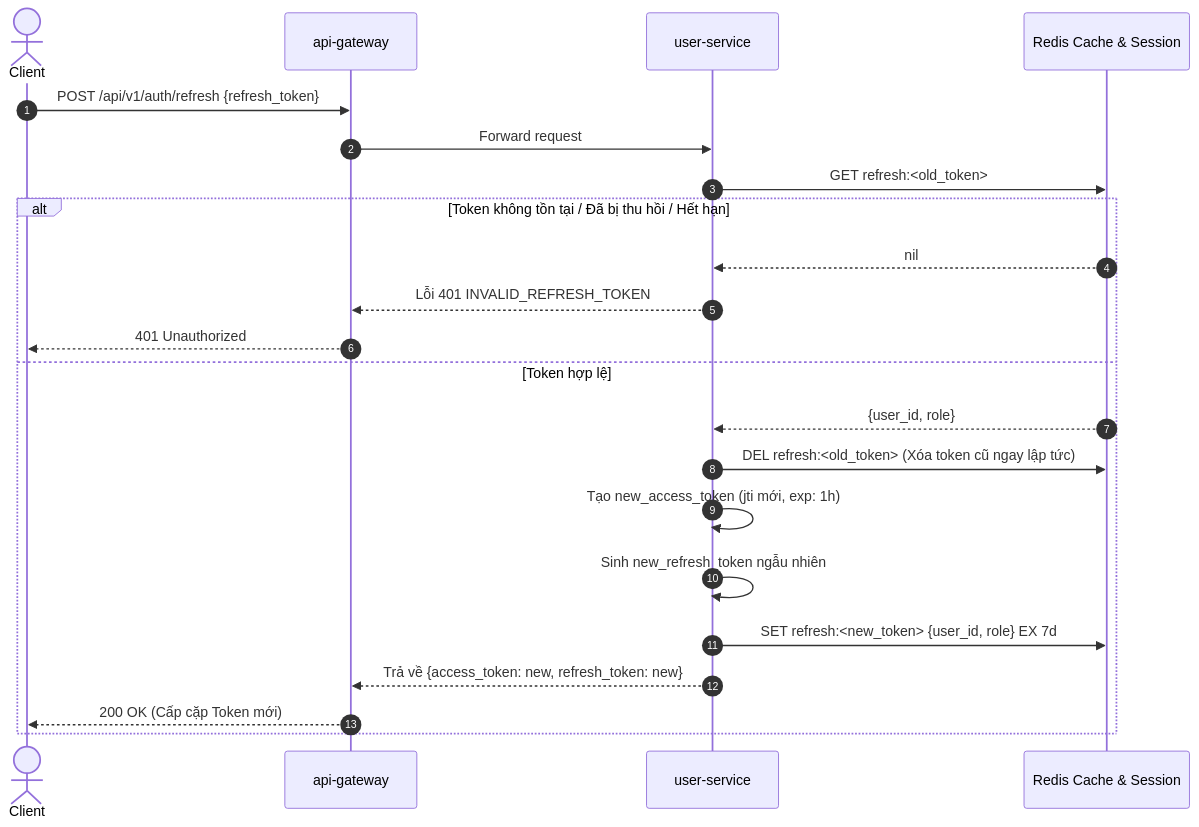
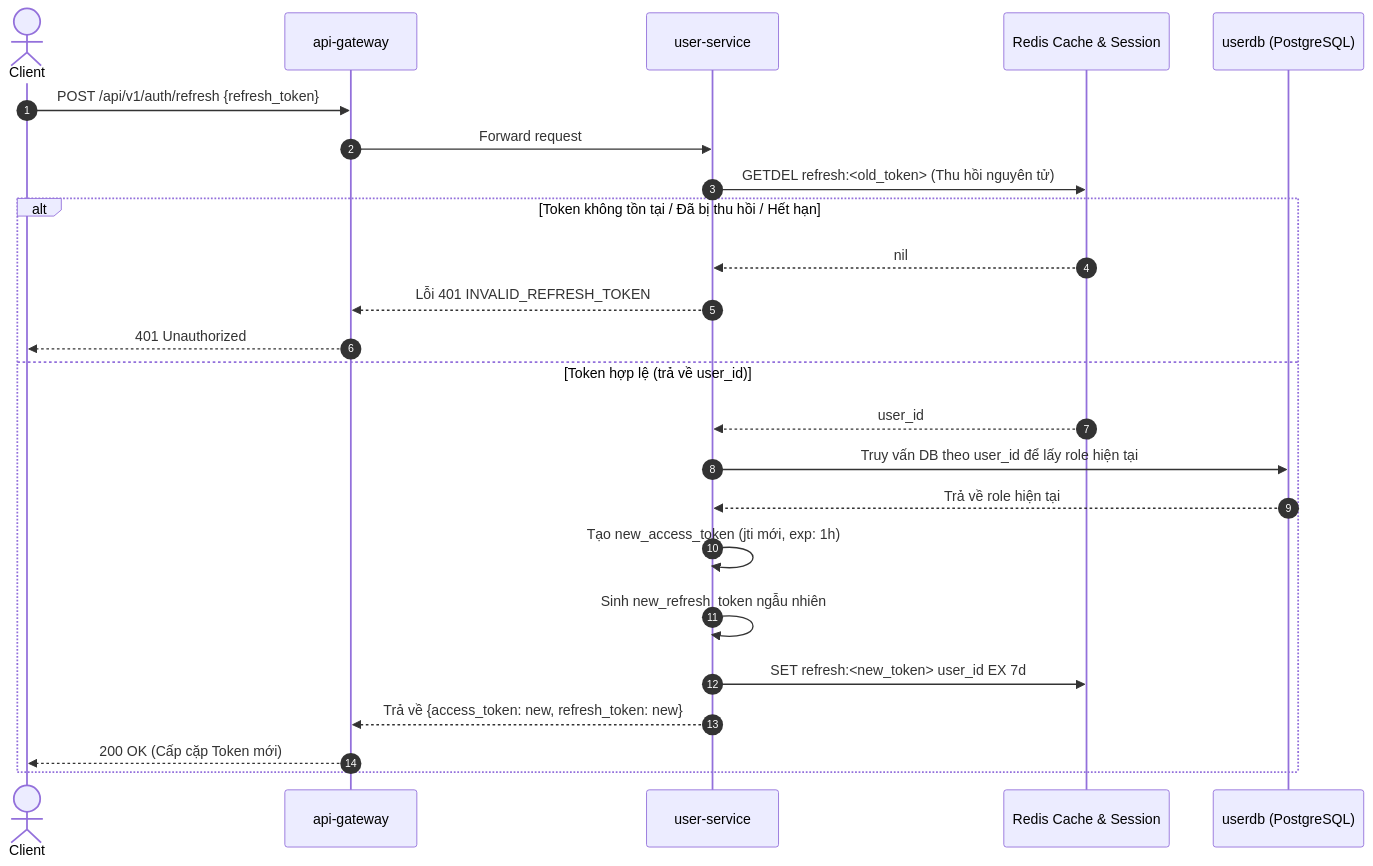
One commit to HaiTrieu186/JB-IOC-PTHB251125_BE105_Devops_Ride_Hailling changed the second of 3 diagrams in docs/02-use-cases/uc-01-tai-khoan.md. Above: the diagram before and after it, drawn with Mermaid. The commit also changed other lines of this file and 16 other files, not shown here.

````diff
--- a/docs/02-use-cases/uc-01-tai-khoan.md
+++ b/docs/02-use-cases/uc-01-tai-khoan.md
@@ -40,25 +40,27 @@
 ```mermaid
 sequenceDiagram
     autonumber
     actor Client as Client
     participant Gateway as api-gateway
     participant UserSvc as user-service
     participant Redis as Redis Cache & Session
+    participant DB as userdb (PostgreSQL)
 
     Client->>Gateway: POST /api/v1/auth/refresh {refresh_token}
     Gateway->>UserSvc: Forward request
-    UserSvc->>Redis: GET refresh:<old_token>
+    UserSvc->>Redis: GETDEL refresh:<old_token> (Thu hồi nguyên tử)
     alt Token không tồn tại / Đã bị thu hồi / Hết hạn
         Redis-->>UserSvc: nil
         UserSvc-->>Gateway: Lỗi 401 INVALID_REFRESH_TOKEN
         Gateway-->>Client: 401 Unauthorized
-    else Token hợp lệ
-        Redis-->>UserSvc: {user_id, role}
-        UserSvc->>Redis: DEL refresh:<old_token> (Xóa token cũ ngay lập tức)
+    else Token hợp lệ (trả về user_id)
+        Redis-->>UserSvc: user_id
+        UserSvc->>DB: Truy vấn DB theo user_id để lấy role hiện tại
+        DB-->>UserSvc: Trả về role hiện tại
         UserSvc->>UserSvc: Tạo new_access_token (jti mới, exp: 1h)
         UserSvc->>UserSvc: Sinh new_refresh_token ngẫu nhiên
-        UserSvc->>Redis: SET refresh:<new_token> {user_id, role} EX 7d
+        UserSvc->>Redis: SET refresh:<new_token> user_id EX 7d
         UserSvc-->>Gateway: Trả về {access_token: new, refresh_token: new}
         Gateway-->>Client: 200 OK (Cấp cặp Token mới)
     end
 ```
````
